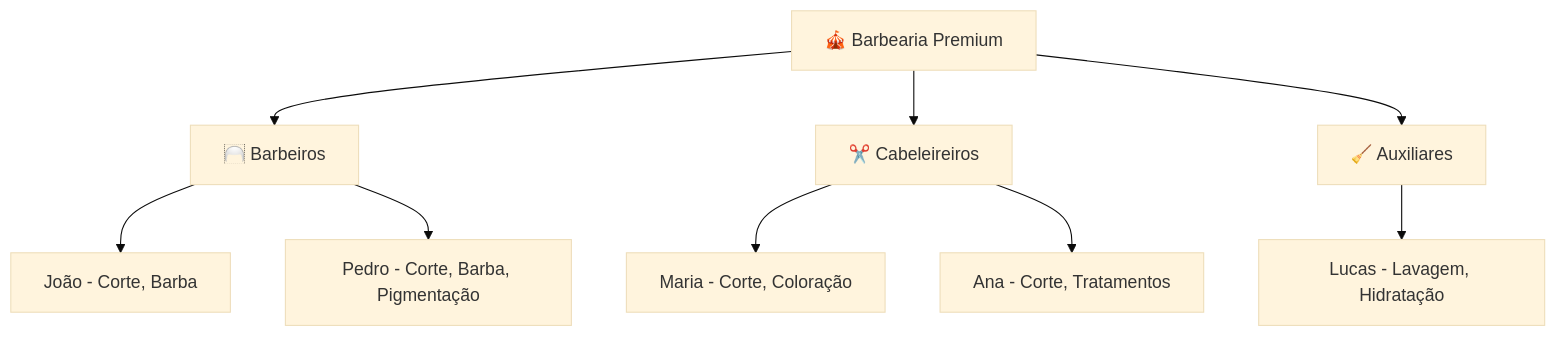
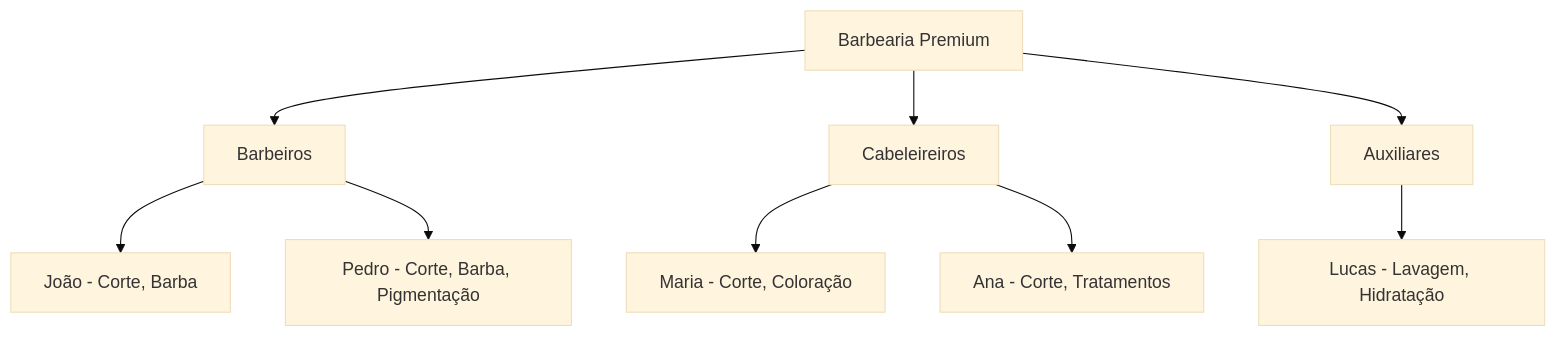
Before and after one commit to AgendoCerto/docs: the fourth of 5 diagrams in contents/guides/profissionais.md, drawn with Mermaid (base theme). The commit also changed other lines of this file and 6 other files, not shown here.

````diff
--- a/contents/guides/profissionais.md
+++ b/contents/guides/profissionais.md
@@ -228,15 +227,15 @@
 ```mermaid
 graph TD
-    A[🎪 Barbearia Premium]
-    A --> B[🦳 Barbeiros]
-    A --> C[✂️ Cabeleireiros]
-    A --> D[🧹 Auxiliares]
+    A[Barbearia Premium]
+    A --> B[Barbeiros]
+    A --> C[Cabeleireiros]
+    A --> D[Auxiliares]
     
     B --> B1[João - Corte, Barba]
     B --> B2[Pedro - Corte, Barba, Pigmentação]
     
     C --> C1[Maria - Corte, Coloração]
     C --> C2[Ana - Corte, Tratamentos]
     
     D --> D1[Lucas - Lavagem, Hidratação]
 ```
````
